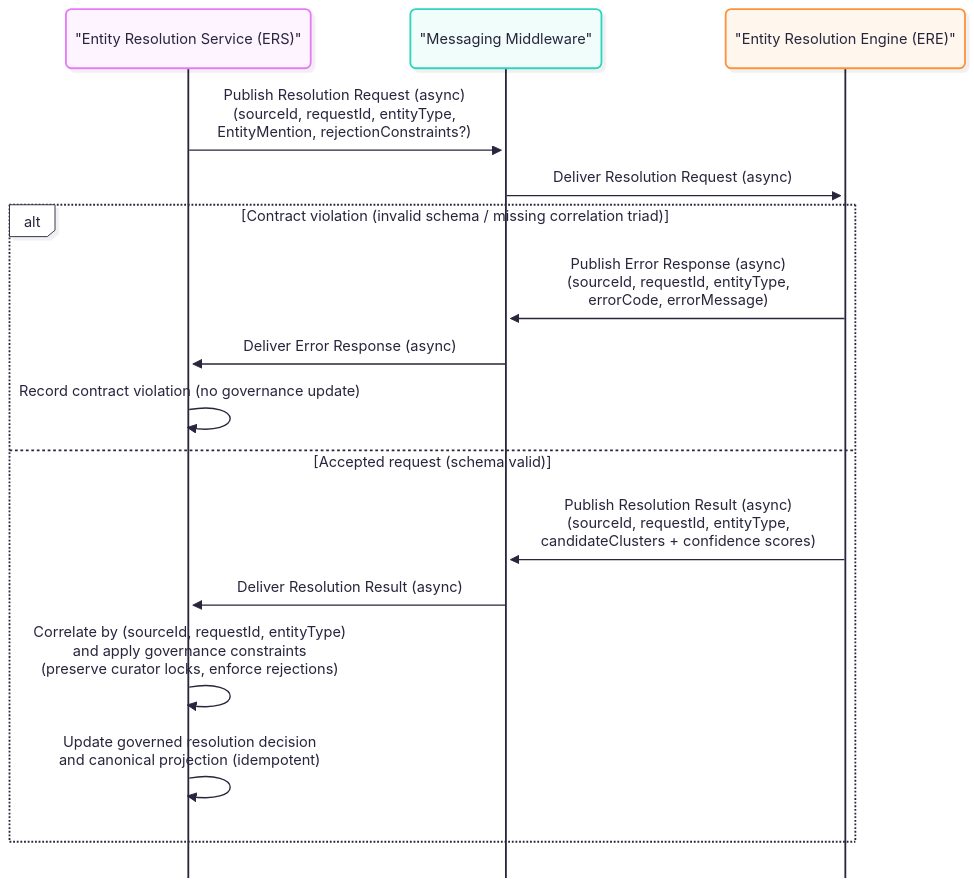
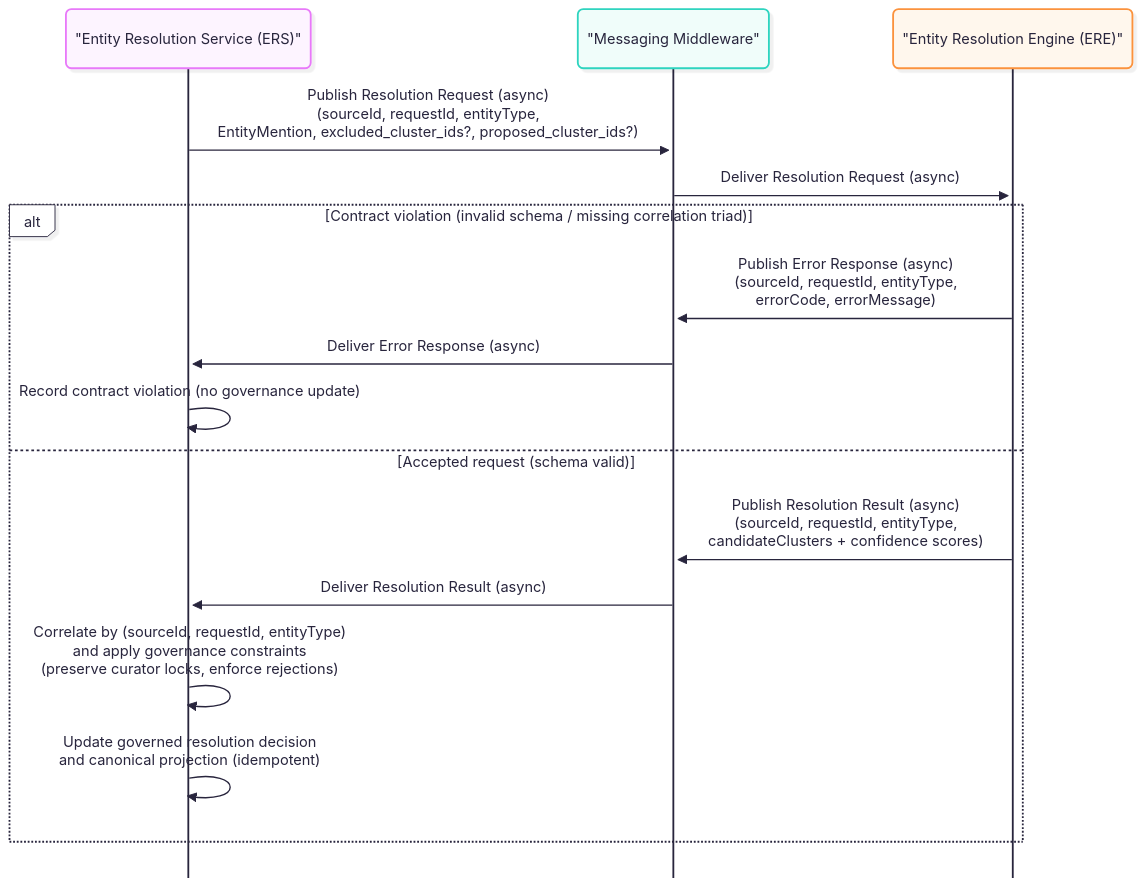
Before and after one commit to OP-TED/entity-resolution-spec: the diagram in docs/architecture/sequence_diagrams/ers-ere-inreface.mmd, drawn with Mermaid. The commit also changed 13 other files, not shown here.

First line of the commit message:
docs: align message descriptions, features and diagrams with the ERS-ERE behaviour of 1.1.0-rc.8

```diff
--- a/docs/architecture/sequence_diagrams/ers-ere-inreface.mmd
+++ b/docs/architecture/sequence_diagrams/ers-ere-inreface.mmd
@@ -1,39 +1,39 @@
 ---
 config:
   look: neo
   theme: redux-color
   mirrorActors: false
   sequence:
     bottomMarginAdj: 0.1
 ---
 sequenceDiagram
 %% Maps to EA diagram: UML Sequence (Contract-level)
 %% Purpose: ERS–ERE asynchronous exchange of resolution proposals over brokered channels.
 %% Focus: contractual messages, correlation keys, admissible error handling, idempotent absorption.
 %% Excludes: engine internals, storage choreography, technology specifics, client-facing flows.
 
 
 participant ERS as "Entity Resolution Service (ERS)"
 participant Broker as "Messaging Middleware"
 participant ERE as "Entity Resolution Engine (ERE)"
 
 %% --- Contract: Request publication ---
-ERS ->> Broker: Publish Resolution Request (async)<br/>(sourceId, requestId, entityType,<br/>EntityMention, rejectionConstraints?)
+ERS ->> Broker: Publish Resolution Request (async)<br/>(sourceId, requestId, entityType,<br/>EntityMention, excluded_cluster_ids?, proposed_cluster_ids?)
 Broker ->> ERE: Deliver Resolution Request (async)
 
 %% --- Contract: Boundary validation outcome ---
 alt Contract violation (invalid schema / missing correlation triad)
   ERE ->> Broker: Publish Error Response (async)<br/>(sourceId, requestId, entityType,<br/>errorCode, errorMessage)
   Broker ->> ERS: Deliver Error Response (async)
   ERS ->> ERS: Record contract violation (no governance update)
 else Accepted request (schema valid)
   %% --- Contract: Advisory result publication ---
   ERE ->> Broker: Publish Resolution Result (async)<br/>(sourceId, requestId, entityType,<br/>candidateClusters + confidence scores)
   Broker ->> ERS: Deliver Resolution Result (async)
 
   %% --- Contract: Governance-first integration (idempotent) ---
   ERS ->> ERS: Correlate by (sourceId, requestId, entityType)<br/>and apply governance constraints<br/>(preserve curator locks, enforce rejections)
   ERS ->> ERS: Update governed resolution decision<br/>and canonical projection (idempotent)
 end
 
 %% Note: ERE outputs are proposals only; ERS remains the sole authority for canonical status via decisions.
```
